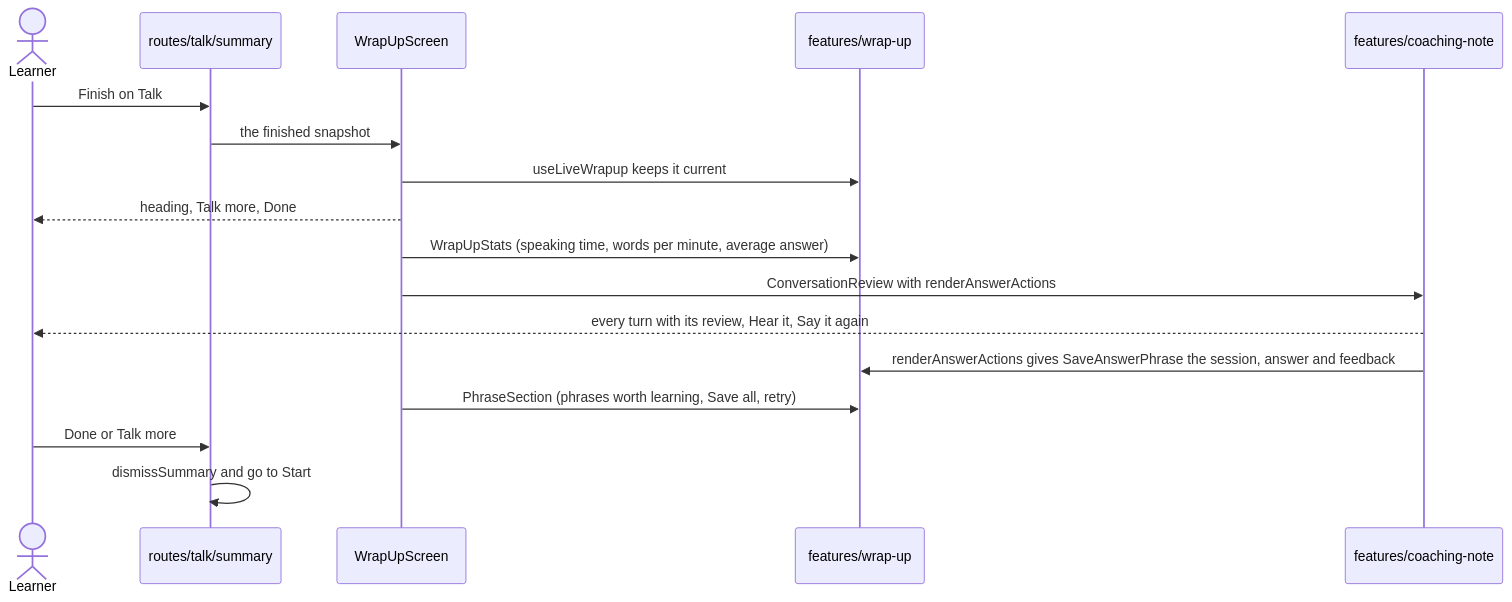
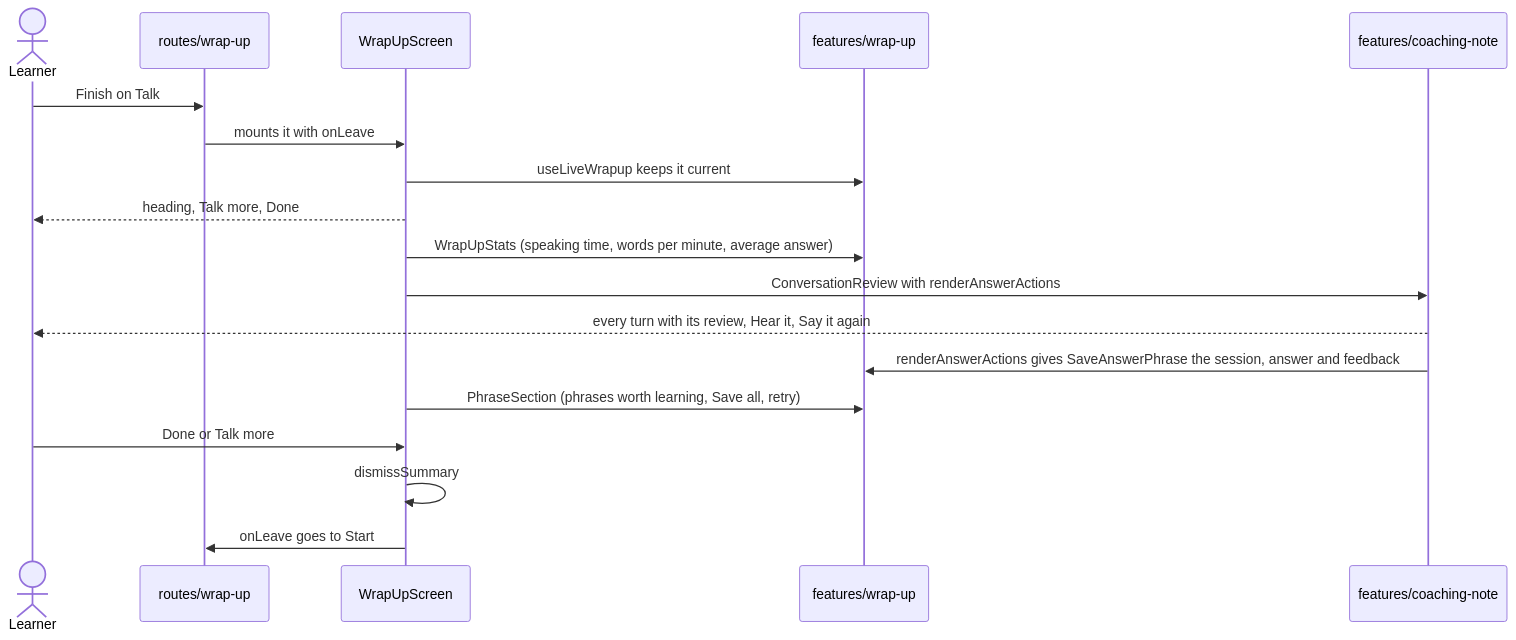
One commit to oleksii-latyshev/english-trainer changed the diagram in src/screens/wrap-up/flow.md. Above: the diagram before and after it, drawn with Mermaid. The commit also changed other lines of this file and 33 other files, not shown here.

First line of the commit message:
refactor(talk): route mounts the screen and features/practice is gone (#105) (#108)

````diff
--- a/src/screens/wrap-up/flow.md
+++ b/src/screens/wrap-up/flow.md
@@ -8,20 +9,21 @@
 ```mermaid
 sequenceDiagram
     actor Learner
-    participant Route as routes/talk/summary
+    participant Route as routes/wrap-up
     participant Screen as WrapUpScreen
     participant WrapUp as features/wrap-up
     participant Review as features/coaching-note
 
     Learner->>Route: Finish on Talk
-    Route->>Screen: the finished snapshot
+    Route->>Screen: mounts it with onLeave
     Screen->>WrapUp: useLiveWrapup keeps it current
     Screen-->>Learner: heading, Talk more, Done
     Screen->>WrapUp: WrapUpStats (speaking time, words per minute, average answer)
     Screen->>Review: ConversationReview with renderAnswerActions
     Review-->>Learner: every turn with its review, Hear it, Say it again
     Review->>WrapUp: renderAnswerActions gives SaveAnswerPhrase the session, answer and feedback
     Screen->>WrapUp: PhraseSection (phrases worth learning, Save all, retry)
-    Learner->>Route: Done or Talk more
-    Route->>Route: dismissSummary and go to Start
+    Learner->>Screen: Done or Talk more
+    Screen->>Screen: dismissSummary
+    Screen->>Route: onLeave goes to Start
 ```
````
